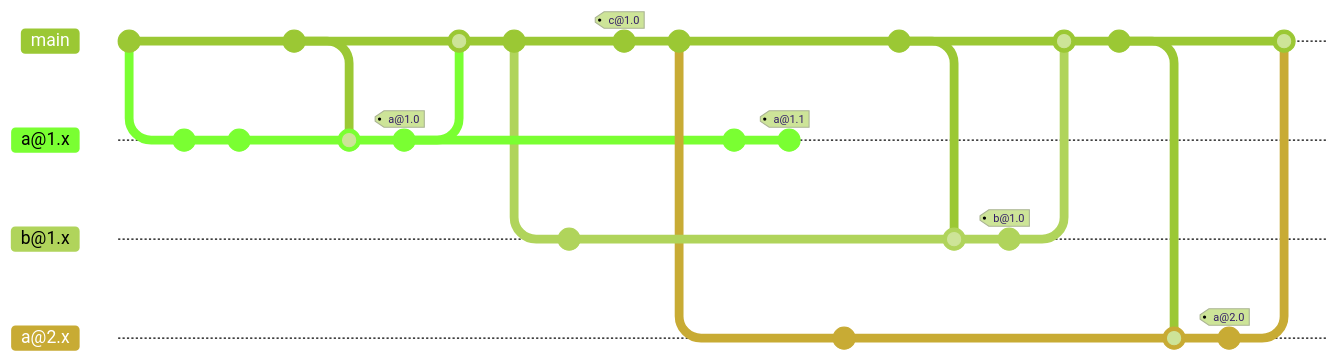
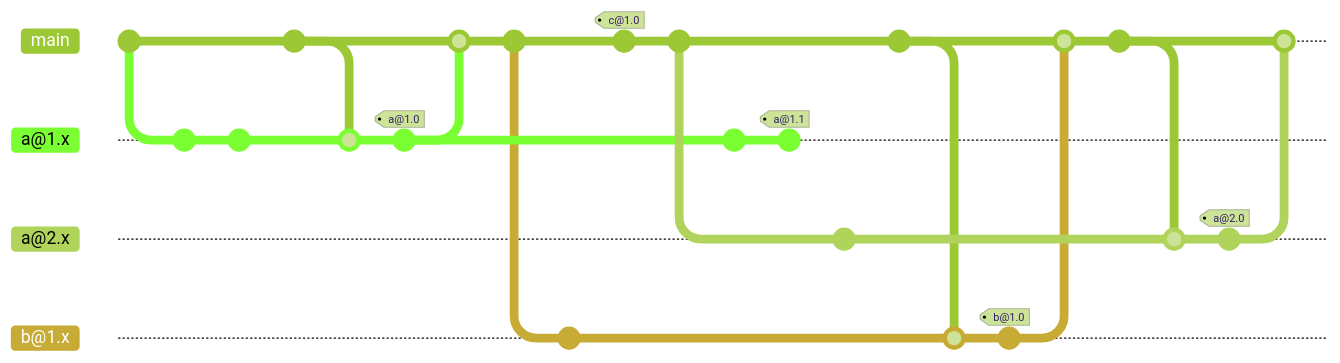
One commit to parksb/pedia changed the first of 3 diagrams in docs/branching-strategies-for-package-monorepo.md. Above: the diagram before and after it, drawn with Mermaid (forest theme). The commit also changed other lines of this file and 18 other files, not shown here. Commit ids are hidden.

````diff
--- a/docs/branching-strategies-for-package-monorepo.md
+++ b/docs/branching-strategies-for-package-monorepo.md
@@ -19,40 +19,40 @@
 ```mermaid
 gitGraph
     commit
-    branch "a@1.x"
+    branch "a@1.x" order:1
     checkout "a@1.x"
     commit
     commit
     checkout main
     commit
     checkout "a@1.x"
     merge main
     commit tag:"a@1.0"
     checkout main
     merge "a@1.x"
     commit
-    branch "b@1.x"
+    branch "b@1.x" order:3
     commit
     checkout main
     commit tag:"c@1.0"
     commit
     checkout "a@1.x"
     commit
     commit tag:"a@1.1"
     checkout main
-    branch "a@2.x"
+    branch "a@2.x" order:2
     commit
     checkout main
     commit
     checkout "b@1.x"
     merge main
     commit tag:"b@1.0"
     checkout main
     merge "b@1.x"
     commit
     checkout "a@2.x"
     merge main
     commit tag:"a@2.0"
     checkout main
     merge "a@2.x"
 ```
````
